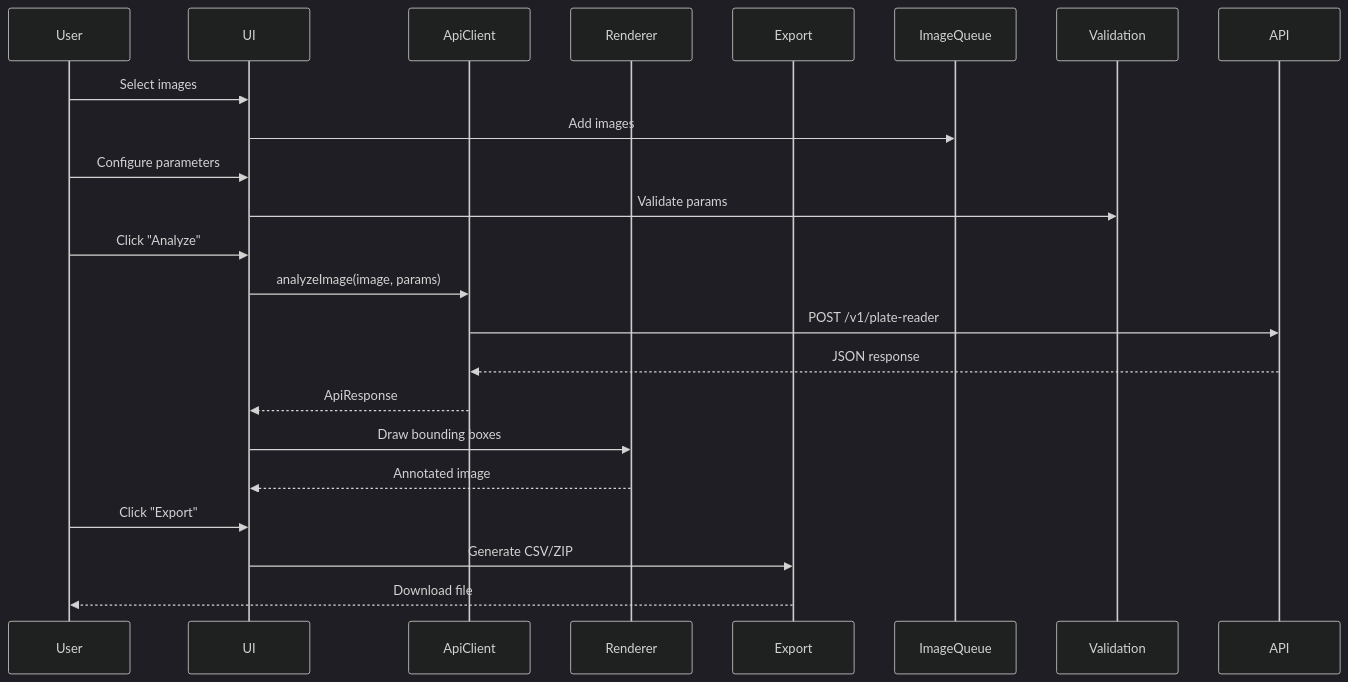
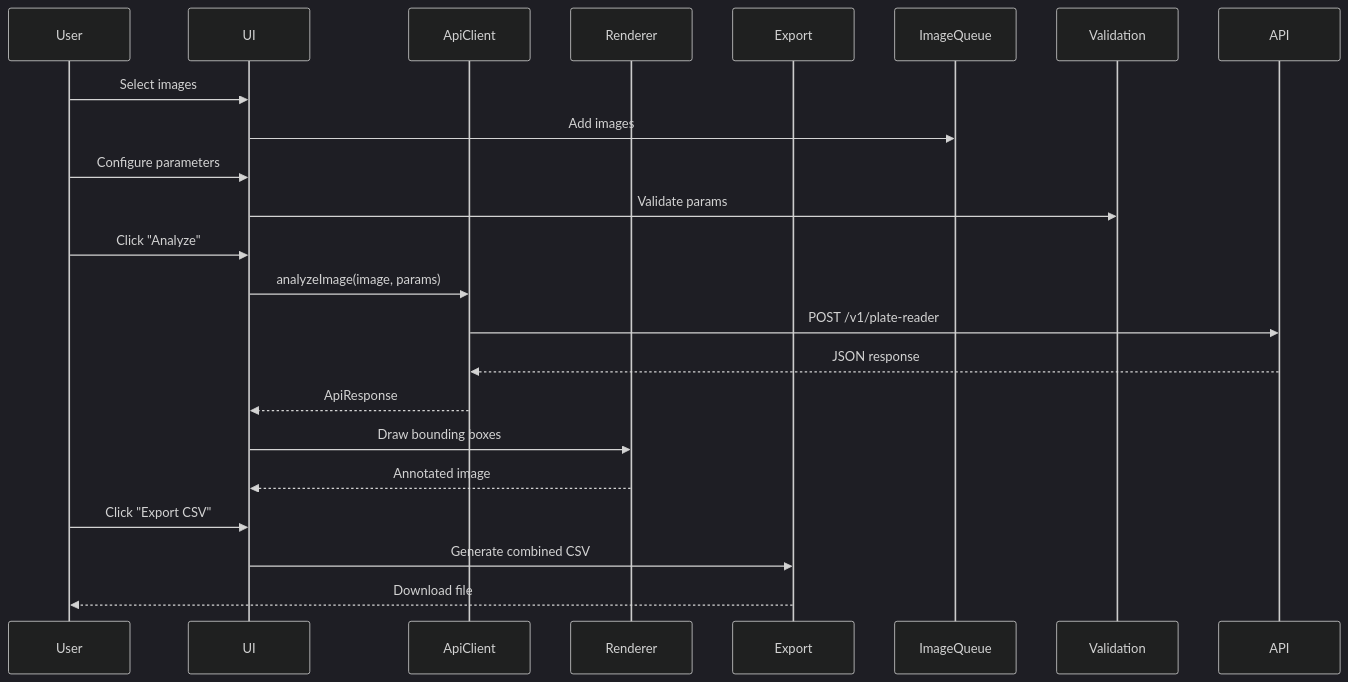
The third of 4 diagrams in plans/plan.md (71walceli/platerec-tools-electron), drawn with Mermaid (dark theme) before and after one commit. The commit also changed other lines of this file and 8 other files, not shown here.

````diff
--- a/plans/plan.md
+++ b/plans/plan.md
@@ -595,28 +601,28 @@
 ```mermaid
 sequenceDiagram
     participant User
     participant UI
     participant ApiClient
     participant Renderer
     participant Export
 
     User->>UI: Select images
     UI->>ImageQueue: Add images
     
     User->>UI: Configure parameters
     UI->>Validation: Validate params
     
     User->>UI: Click "Analyze"
     UI->>ApiClient: analyzeImage(image, params)
     
     ApiClient->>API: POST /v1/plate-reader
     API-->>ApiClient: JSON response
     
     ApiClient-->>UI: ApiResponse
     UI->>Renderer: Draw bounding boxes
     Renderer-->>UI: Annotated image
     
-    User->>UI: Click "Export"
-    UI->>Export: Generate CSV/ZIP
+    User->>UI: Click "Export CSV"
+    UI->>Export: Generate combined CSV
     Export-->>User: Download file
 ```
````
